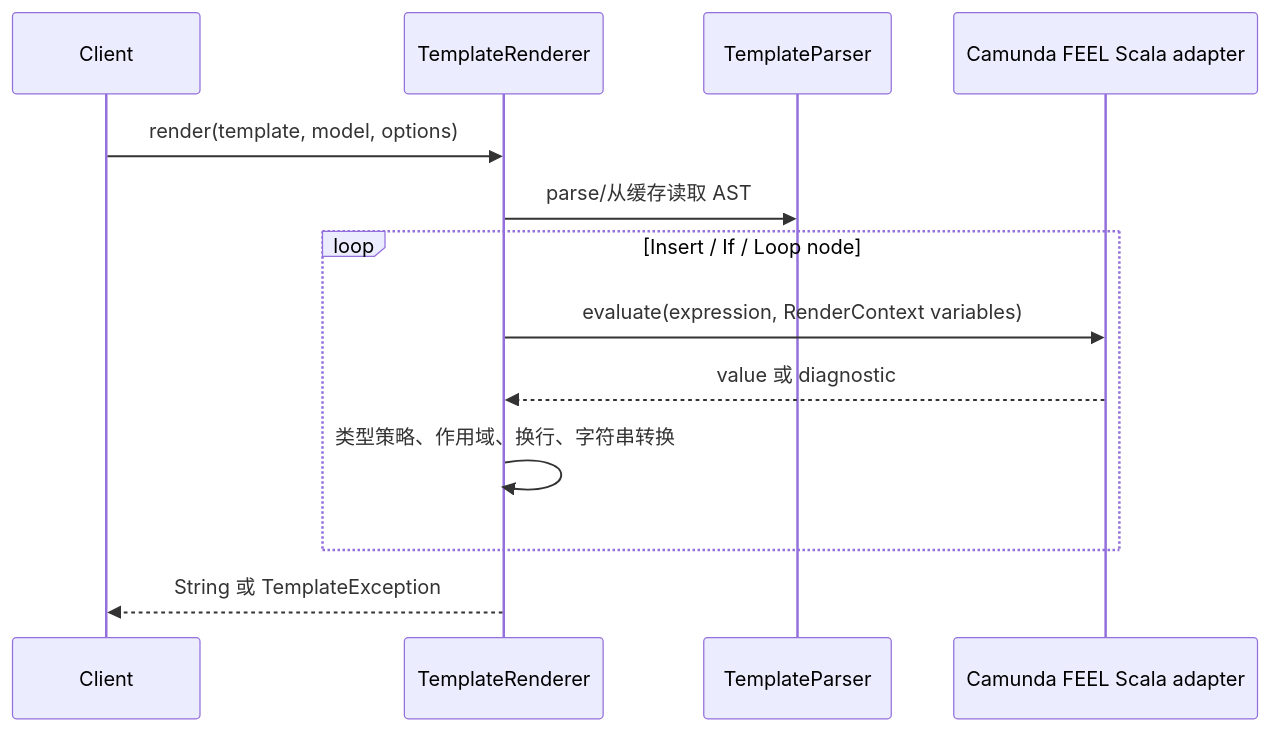
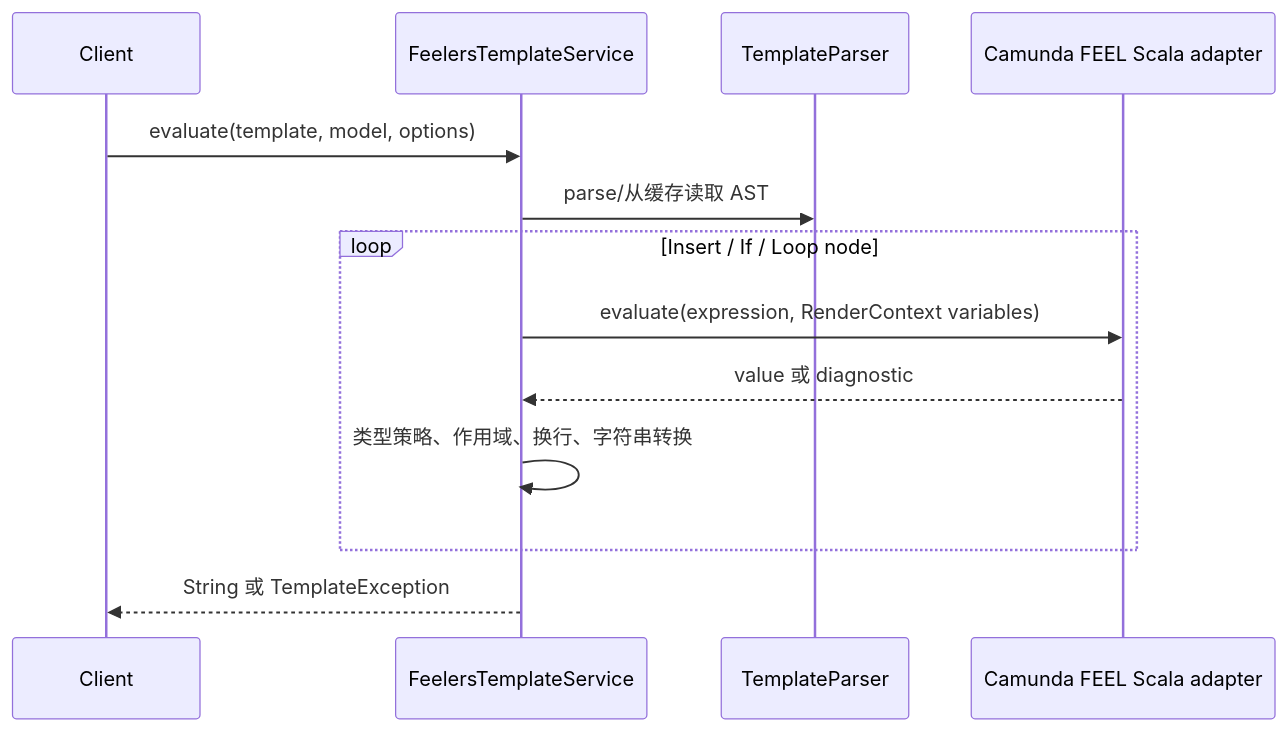
Before and after one commit to TechWang-coding/feelers-java: the second of 2 diagrams in docs/feelers-java-backend-design.md, drawn with Mermaid. The commit also changed other lines of this file and 17 other files, not shown here.

````diff
--- a/docs/feelers-java-backend-design.md
+++ b/docs/feelers-java-backend-design.md
@@ -109,15 +113,15 @@
 ```mermaid
 sequenceDiagram
   participant Client
-  participant Renderer as TemplateRenderer
+  participant Service as FeelersTemplateService
   participant Parser as TemplateParser
   participant FEEL as Camunda FEEL Scala adapter
-  Client->>Renderer: render(template, model, options)
-  Renderer->>Parser: parse/从缓存读取 AST
+  Client->>Service: evaluate(template, model, options)
+  Service->>Parser: parse/从缓存读取 AST
   loop Insert / If / Loop node
-    Renderer->>FEEL: evaluate(expression, RenderContext variables)
-    FEEL-->>Renderer: value 或 diagnostic
-    Renderer->>Renderer: 类型策略、作用域、换行、字符串转换
+    Service->>FEEL: evaluate(expression, RenderContext variables)
+    FEEL-->>Service: value 或 diagnostic
+    Service->>Service: 类型策略、作用域、换行、字符串转换
   end
-  Renderer-->>Client: String 或 TemplateException
+  Service-->>Client: String 或 TemplateException
 ```
````
